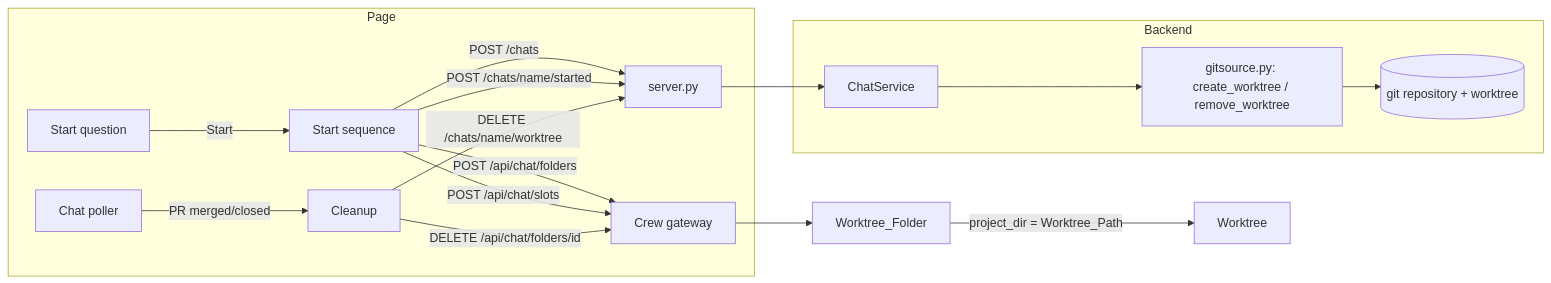
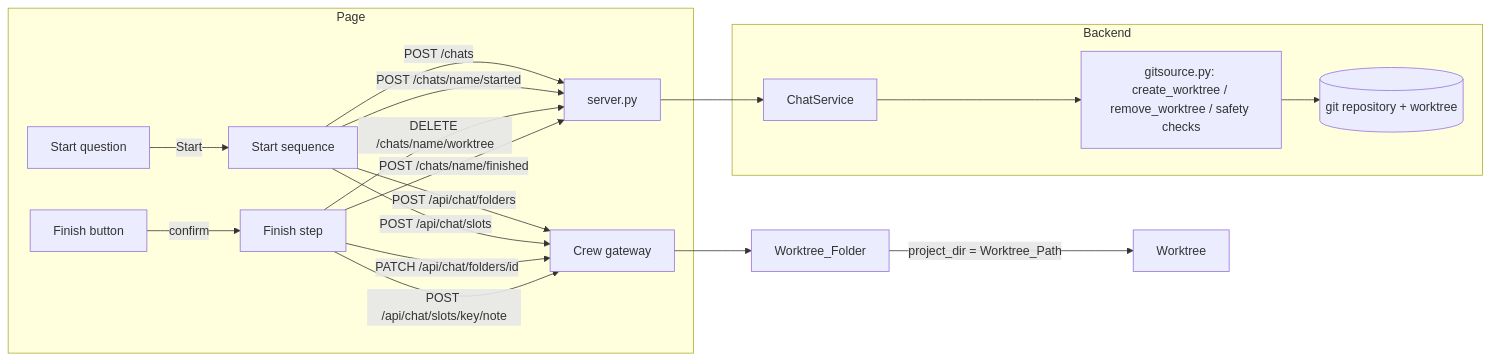
Before and after one commit to twotaco/epic-board: the diagram in .kiro/specs/a-worktree-per-card/design.md, drawn with Mermaid. The commit also changed other lines of this file and 2 other files, not shown here.

First line of the commit message:
spec: Finish replaces auto worktree cleanup (A worktree per card, group 5)

````diff
--- a/.kiro/specs/a-worktree-per-card/design.md
+++ b/.kiro/specs/a-worktree-per-card/design.md
@@ -33,21 +36,23 @@
 ```mermaid
 flowchart LR
     subgraph Page
       SQ[Start question] -->|Start| Seq[Start sequence]
       Seq -->|POST /chats| B
       Seq -->|POST /api/chat/folders| G
       Seq -->|POST /api/chat/slots| G
       Seq -->|POST /chats/name/started| B
-      Poll[Chat poller] -->|PR merged/closed| CL[Cleanup]
-      CL -->|DELETE /chats/name/worktree| B
-      CL -->|DELETE /api/chat/folders/id| G
+      Fin[Finish button] -->|confirm| FS[Finish step]
+      FS -->|DELETE /chats/name/worktree| B
+      FS -->|PATCH /api/chat/folders/id| G
+      FS -->|POST /chats/name/finished| B
+      FS -->|POST /api/chat/slots/key/note| G
     end
     subgraph Backend
       B[server.py] --> CS[ChatService]
-      CS --> WT[gitsource.py: create_worktree / remove_worktree]
+      CS --> WT[gitsource.py: create_worktree / remove_worktree / safety checks]
       WT --> R[(git repository + worktree)]
     end
     G[Crew gateway]
     G --> WF[Worktree_Folder]
     WF -->|project_dir = Worktree_Path| WR[Worktree]
 ```
````
